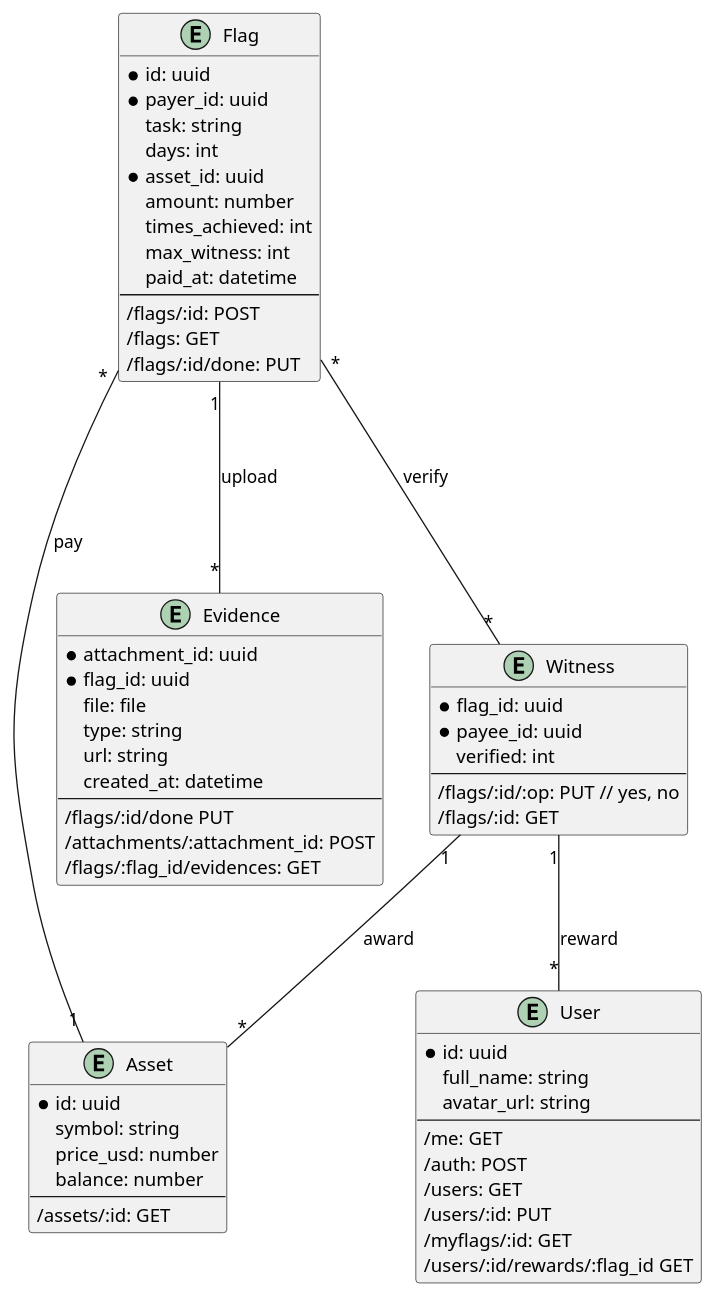
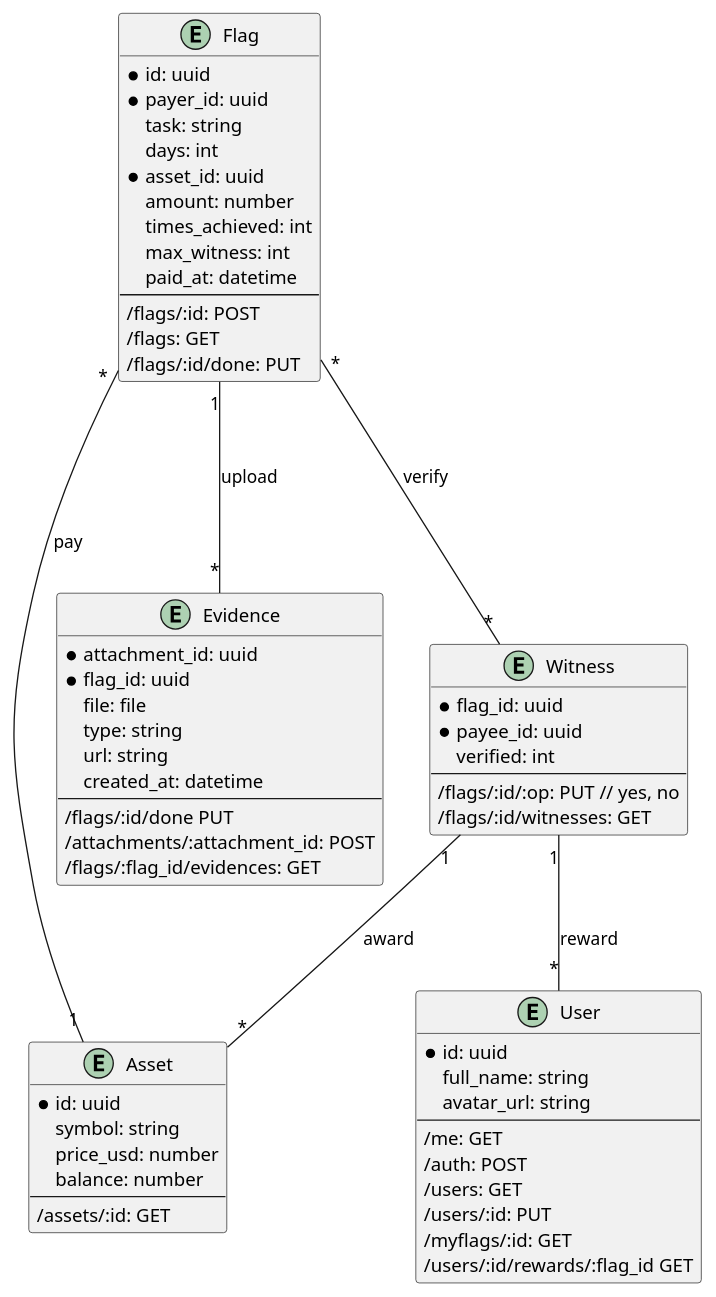
The diagram in docs/models.puml (PioneerDev/setflags), drawn with PlantUML before and after one commit. The commit also changed 2 other files, not shown here.

```diff
--- a/docs/models.puml
+++ b/docs/models.puml
@@ -1,69 +1,69 @@
 @startuml models
 
 entity User {
    * id: uuid
    full_name: string
    avatar_url: string
    --
    /me: GET
    /auth: POST
    /users: GET
    /users/:id: PUT
    /myflags/:id: GET
    /users/:id/rewards/:flag_id GET
 }
 
 entity Flag {
     * id: uuid
     * payer_id: uuid
     task: string
     days: int
     * asset_id: uuid
     amount: number
     times_achieved: int
     max_witness: int
     paid_at: datetime
     --
     /flags/:id: POST
     /flags: GET
     /flags/:id/done: PUT
 }
 
 entity Asset {
     * id: uuid
     symbol: string
     price_usd: number
     balance: number
     --
     /assets/:id: GET
 }
 
 entity Evidence {
     * attachment_id: uuid
     * flag_id: uuid
     file: file
     type: string
     url: string
     created_at: datetime
     --
     /flags/:id/done PUT
     /attachments/:attachment_id: POST
     /flags/:flag_id/evidences: GET
 }
 
 entity Witness {
     * flag_id: uuid
     * payee_id: uuid
     verified: int
     --
     /flags/:id/:op: PUT // yes, no
-    /flags/:id: GET
+    /flags/:id/witnesses: GET
 }
 
 Flag "1" --- "*" Evidence: upload
 Flag "*" --- "1" Asset: pay
 Flag "*" --- "*" Witness: verify
 Witness "1" -- "*" Asset: award 
 Witness "1" -- "*" User: reward 
 
 @enduml
```
